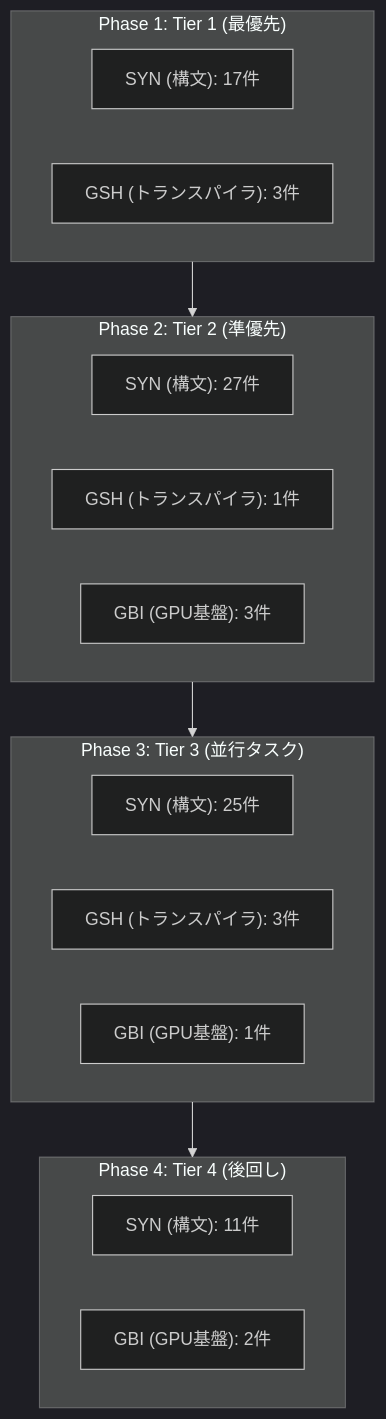
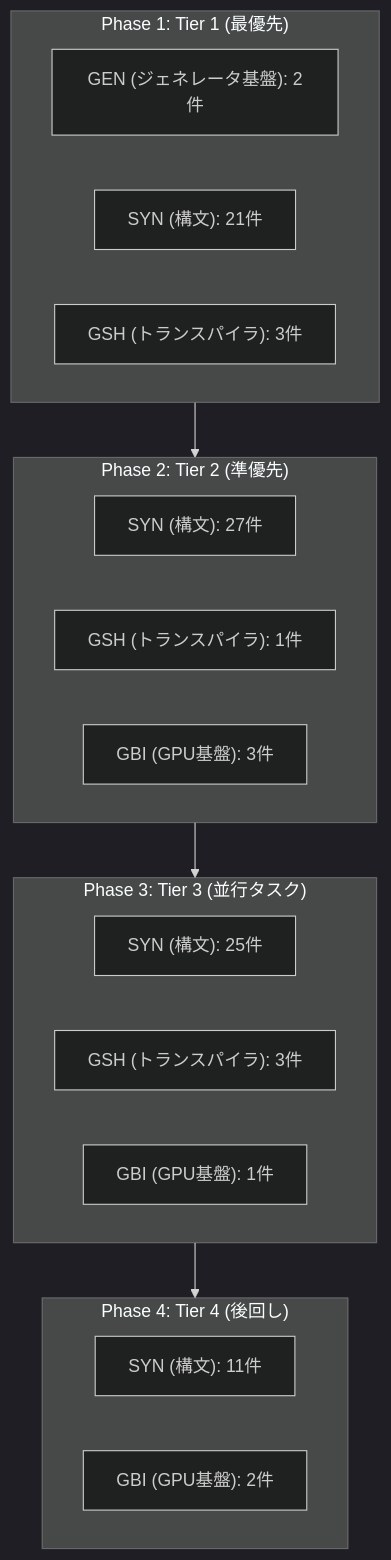
Before and after one commit to kassyi/Henicos: the diagram in docs/roadmap-index.md, drawn with Mermaid (dark theme). The commit also changed other lines of this file and 3 other files, not shown here.

First line of the commit message:
docs(roadmap): add GEN domain, SYN-90~93 entries and generator core doc

````diff
--- a/docs/roadmap-index.md
+++ b/docs/roadmap-index.md
@@ -25,32 +26,33 @@
 ```mermaid
 flowchart TD
     subgraph Phase1["Phase 1: Tier 1 (最優先)"]
         direction LR
-        Phase1_SYN["SYN (構文): 17件"]
+        Phase1_GEN["GEN (ジェネレータ基盤): 2件"]
+        Phase1_SYN["SYN (構文): 21件"]
         Phase1_GSH["GSH (トランスパイラ): 3件"]
     end
 
     subgraph Phase2["Phase 2: Tier 2 (準優先)"]
         direction LR
         Phase2_SYN["SYN (構文): 27件"]
         Phase2_GSH["GSH (トランスパイラ): 1件"]
         Phase2_GBI["GBI (GPU基盤): 3件"]
     end
 
     subgraph Phase3["Phase 3: Tier 3 (並行タスク)"]
         direction LR
         Phase3_SYN["SYN (構文): 25件"]
         Phase3_GSH["GSH (トランスパイラ): 3件"]
         Phase3_GBI["GBI (GPU基盤): 1件"]
     end
 
     subgraph Phase4["Phase 4: Tier 4 (後回し)"]
         direction LR
         Phase4_SYN["SYN (構文): 11件"]
         Phase4_GBI["GBI (GPU基盤): 2件"]
     end
 
     Phase1 --> Phase2
     Phase2 --> Phase3
     Phase3 --> Phase4
 ```
````
